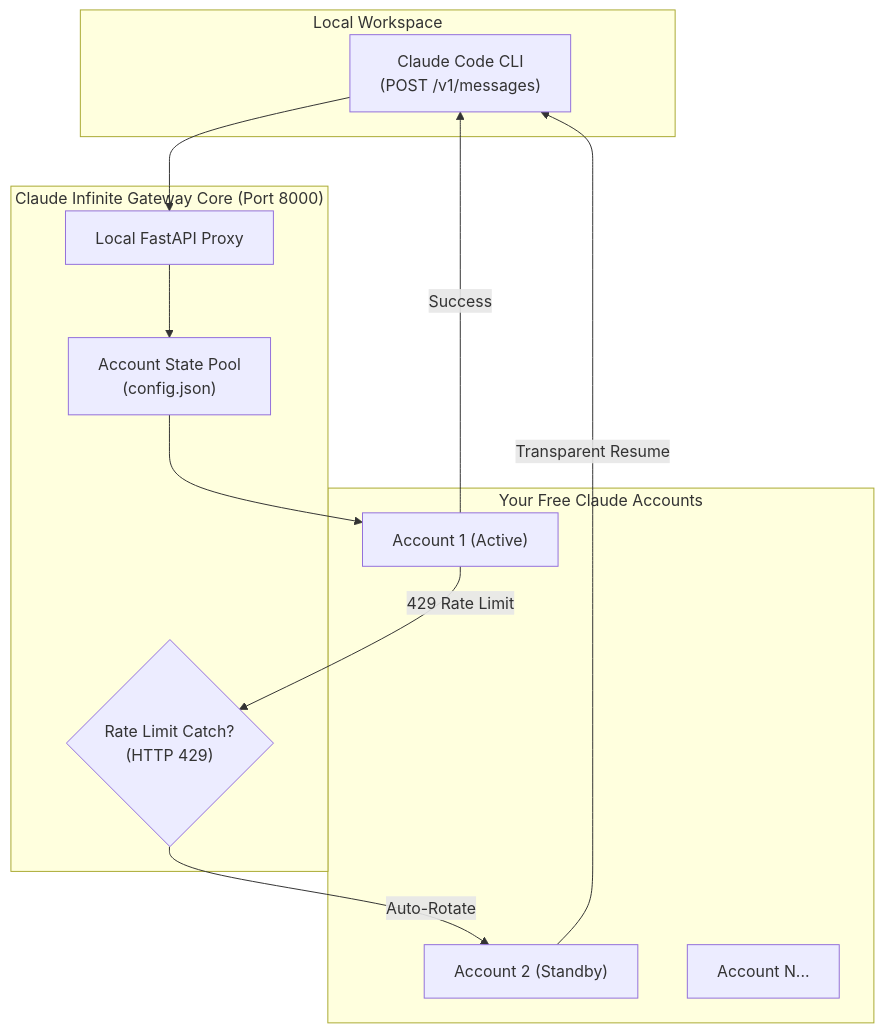
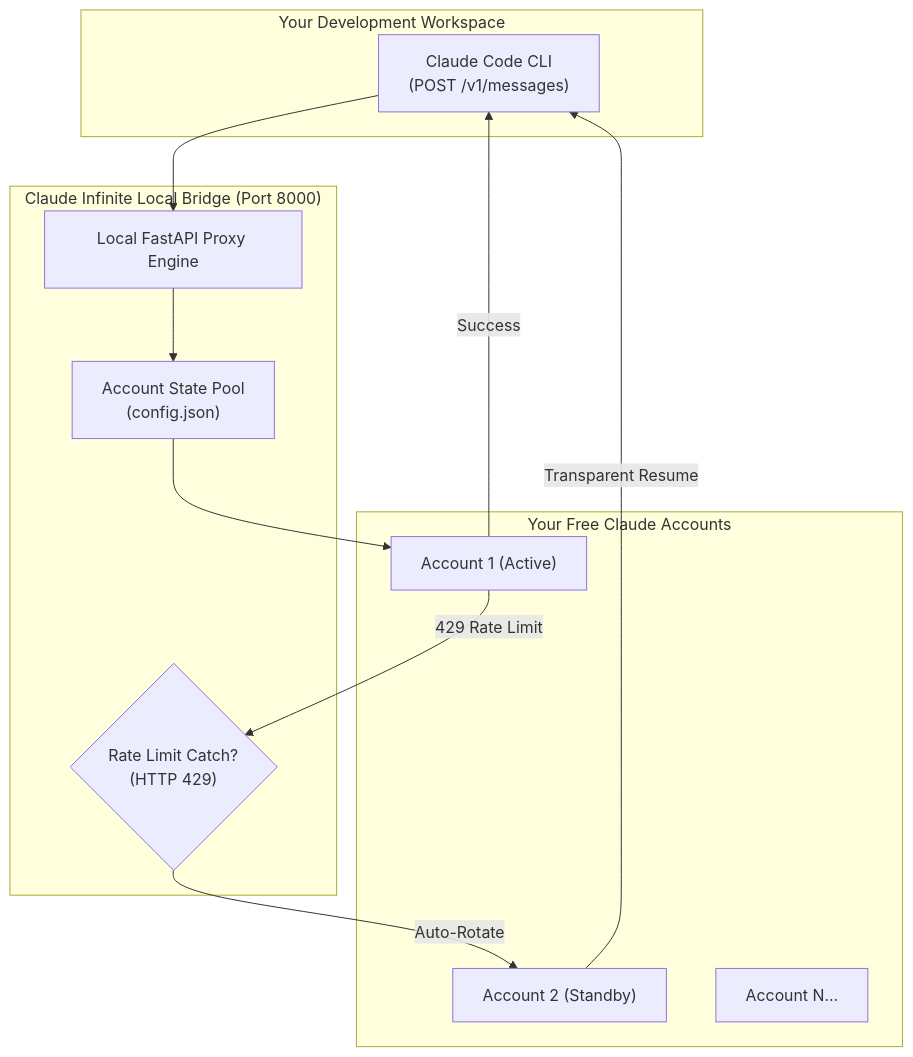
Before and after one commit to Daniyalzahid9/claude-infinite: the diagram in README.md, drawn with Mermaid. The commit also changed other lines of this file, not shown here.

````diff
--- a/README.md
+++ b/README.md
@@ -31,26 +60,26 @@
 ```mermaid
 flowchart TD
-    subgraph Client["Local Workspace"]
+    subgraph Client["Your Development Workspace"]
         CLI["Claude Code CLI\n(POST /v1/messages)"]
     end
 
-    subgraph Hub["Claude Infinite Gateway Core (Port 8000)"]
-        PROXY["Local FastAPI Proxy"]
+    subgraph Hub["Claude Infinite Local Bridge (Port 8000)"]
+        PROXY["Local FastAPI Proxy Engine"]
         ROUTER{"Rate Limit Catch?\n(HTTP 429)"}
         POOL["Account State Pool\n(config.json)"]
     end
 
     subgraph Accounts["Your Free Claude Accounts"]
         ACC1["Account 1 (Active)"]
         ACC2["Account 2 (Standby)"]
         ACCN["Account N..."]
     end
 
     CLI --> PROXY
     PROXY --> POOL
     POOL --> ACC1
     ACC1 -->|Success| CLI
     ACC1 -->|429 Rate Limit| ROUTER
     ROUTER -->|Auto-Rotate| ACC2
     ACC2 -->|Transparent Resume| CLI
 ```
````
